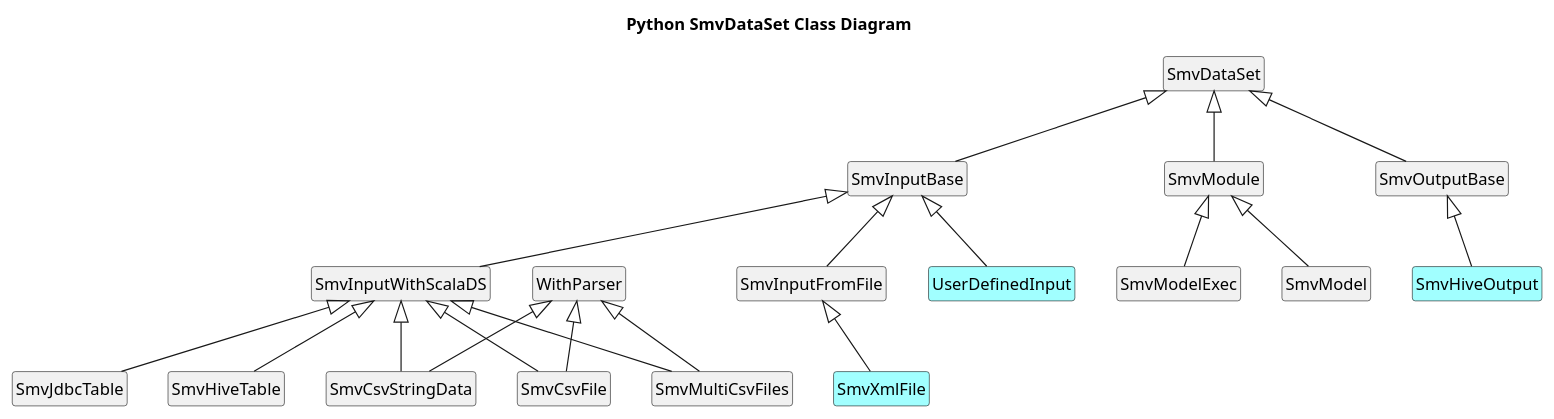
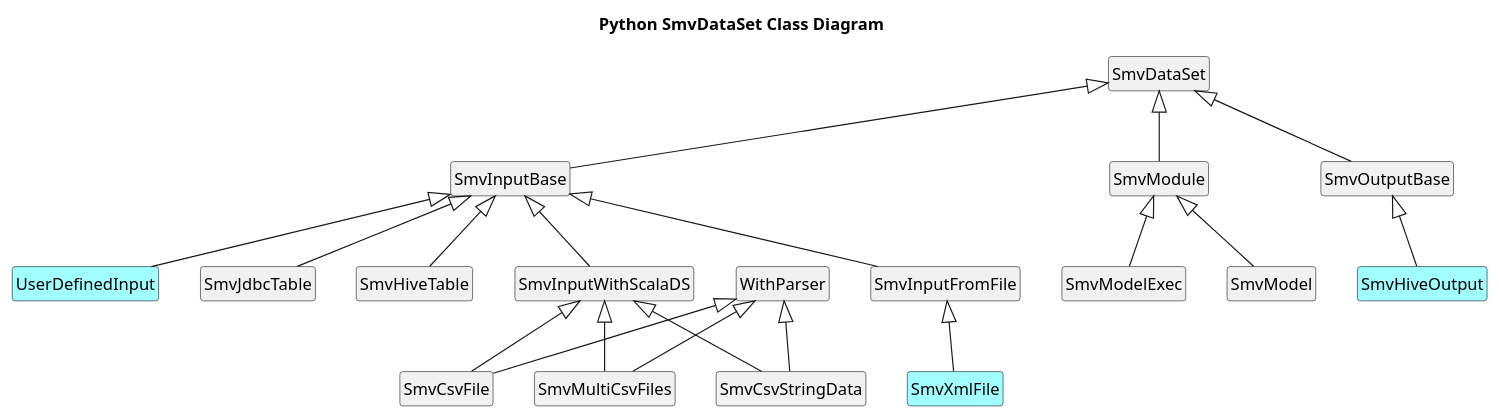
The diagram in docs/dev/SmvDataSet_python_reorg/py_api_class.puml (TresAmigosSD/SMV), drawn with PlantUML before and after one commit. The commit also changed 3 other files, not shown here.

Commit message:
#1195 made SmvHiveTable and JDBC independ from scala implementation

```diff
--- a/docs/dev/SmvDataSet_python_reorg/py_api_class.puml
+++ b/docs/dev/SmvDataSet_python_reorg/py_api_class.puml
@@ -1,30 +1,30 @@
 @startuml
 
 title Python SmvDataSet Class Diagram
 
 hide empty methods
 hide empty fields
 hide circle
 
 class SmvDataSet
 class SmvInputBase extends SmvDataSet
 class SmvModule extends SmvDataSet
 class SmvOutputBase extends SmvDataSet
 
 class SmvInputWithScalaDS extends SmvInputBase
 class SmvInputFromFile extends SmvInputBase
 class UserDefinedInput #A1FFFF extends SmvInputBase
 class SmvXmlFile #A1FFFF extends SmvInputFromFile
 class WithParser
 
 class SmvCsvFile extends WithParser, SmvInputWithScalaDS
 class SmvMultiCsvFiles extends WithParser, SmvInputWithScalaDS
 class SmvCsvStringData extends WithParser, SmvInputWithScalaDS
-class SmvJdbcTable extends SmvInputWithScalaDS
-class SmvHiveTable extends SmvInputWithScalaDS
+class SmvJdbcTable extends SmvInputBase
+class SmvHiveTable extends SmvInputBase
 
 class SmvModel extends SmvModule
 class SmvModelExec extends SmvModule
 
 class SmvHiveOutput #A1FFFF extends SmvOutputBase
 @enduml
```
